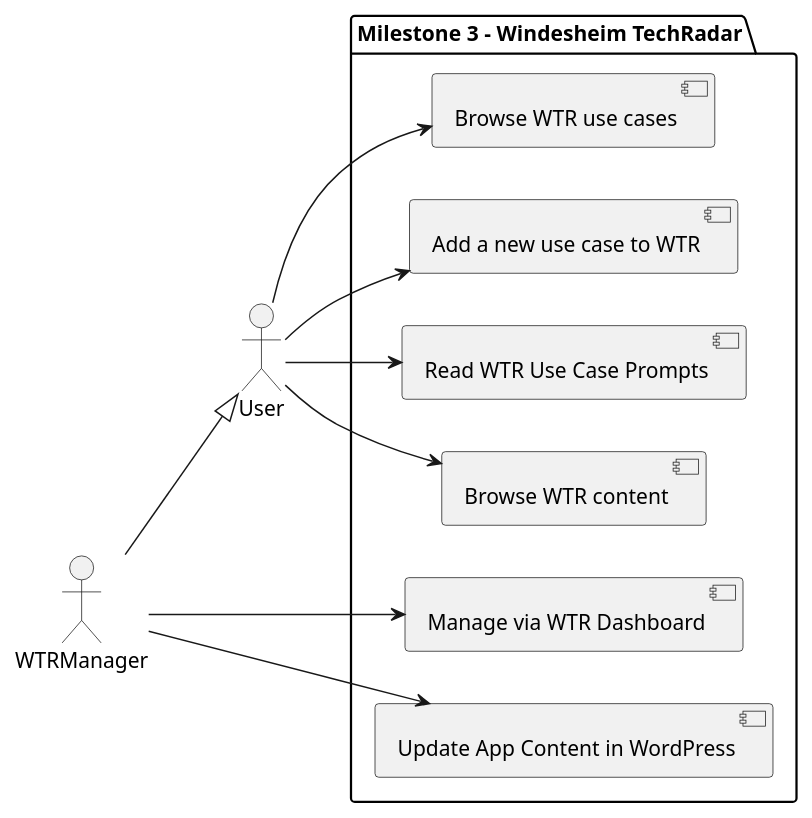
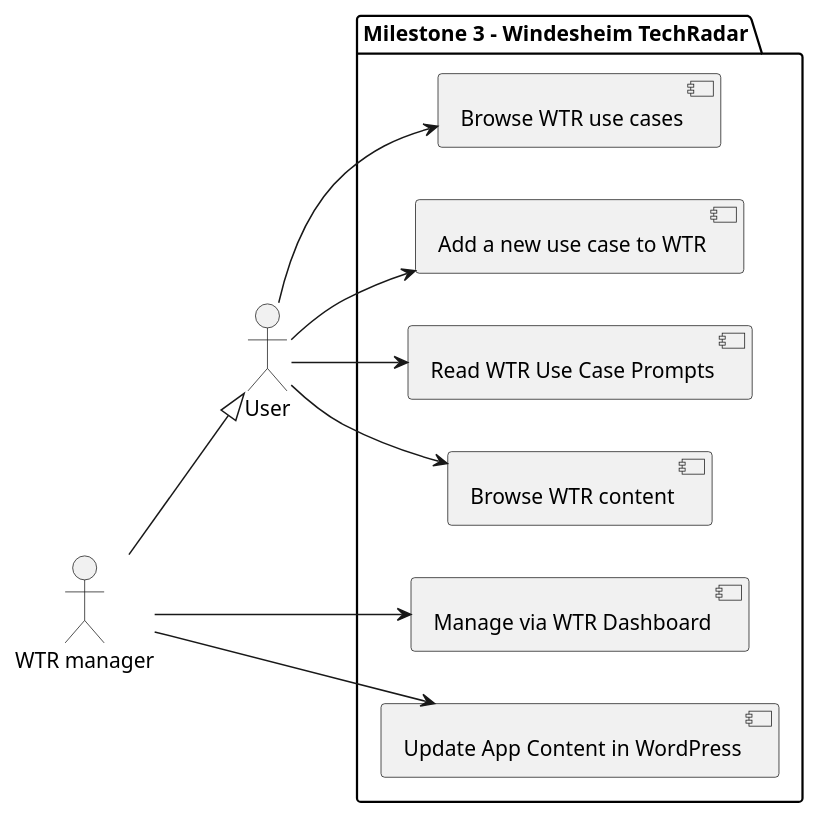
One commit to Windesheim-AI/UML-diagrams changed the diagram in fdd/use-case-diagram/milestone_3.puml. Above: the diagram before and after it, drawn with PlantUML. The commit also changed 5 other files, not shown here.

Commit message:
feat: :memo: Update use case diagrams

```diff
--- a/fdd/use-case-diagram/milestone_3.puml
+++ b/fdd/use-case-diagram/milestone_3.puml
@@ -1,25 +1,25 @@
 @startuml
 left to right direction
 
-actor WTRManager as Manager
+actor Manager as "WTR manager"
 actor User as AppUser
 
 package "Milestone 3 - Windesheim TechRadar" {
     [Manage via WTR Dashboard] as UC4
     [Update App Content in WordPress] as UC5
     [Read WTR Use Case Prompts] as UC6
     [Browse WTR content] as UC7
     [Browse WTR use cases] as UC8
     [Add a new use case to WTR] as UC9
 }
 
 Manager --> UC4
 Manager --> UC5
 AppUser --> UC6
 AppUser --> UC7
 AppUser --> UC8
 AppUser --> UC9
 
 Manager --|> AppUser
 
 @enduml
```
